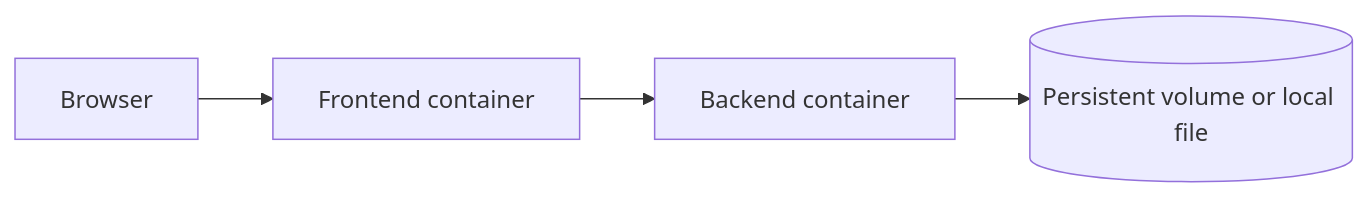
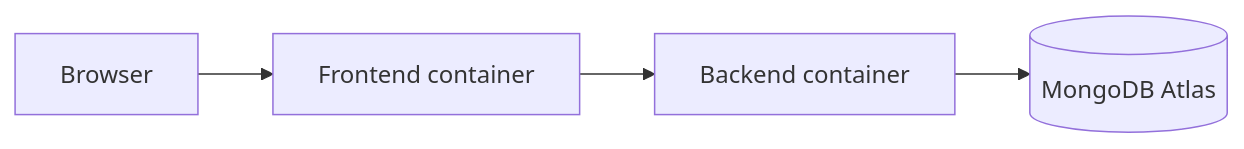
The sixth of 6 diagrams in docs/SYSTEM_DESIGN.md (AswathSiva2005/BB-predict), drawn with Mermaid before and after one commit. The commit also changed other lines of this file and 3 other files, not shown here.

Commit message:
update project setup and architecture documentation

````diff
--- a/docs/SYSTEM_DESIGN.md
+++ b/docs/SYSTEM_DESIGN.md
@@ -143,6 +143,6 @@
 ```mermaid
 flowchart LR
   Browser --> Nginx[Frontend container]
   Nginx --> FastAPI[Backend container]
-  FastAPI --> SQLite[(Persistent volume or local file)]
+  FastAPI --> MongoDB[(MongoDB Atlas)]
 ```
````
